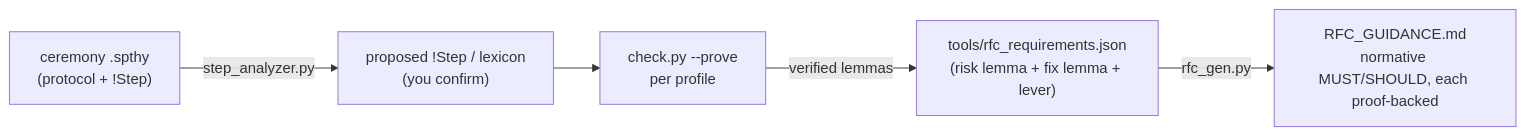
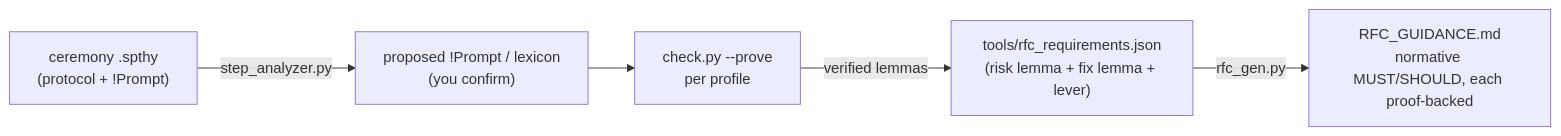
Before and after one commit to LarissaGRosa/mcp-usable-security-formal-analysis: the fifth of 5 diagrams in tamarin_model/AUTHORING_GUIDE.md, drawn with Mermaid. The commit also changed other lines of this file and 135 other files, not shown here.

````diff
--- a/tamarin_model/AUTHORING_GUIDE.md
+++ b/tamarin_model/AUTHORING_GUIDE.md
@@ -223,7 +230,7 @@
 ```mermaid
 flowchart LR
-  C["ceremony .spthy<br/>(protocol + !Step)"] -->|step_analyzer.py| C2["proposed !Step / lexicon<br/>(you confirm)"]
+  C["ceremony .spthy<br/>(protocol + !Prompt)"] -->|step_analyzer.py| C2["proposed !Prompt / lexicon<br/>(you confirm)"]
   C2 --> CK["check.py --prove<br/>per profile"]
   CK -->|verified lemmas| M["tools/rfc_requirements.json<br/>(risk lemma + fix lemma + lever)"]
   M -->|rfc_gen.py| R["RFC_GUIDANCE.md<br/>normative MUST/SHOULD, each proof-backed"]
 ```
````
